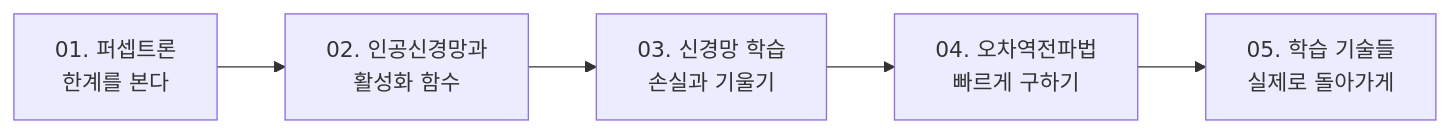
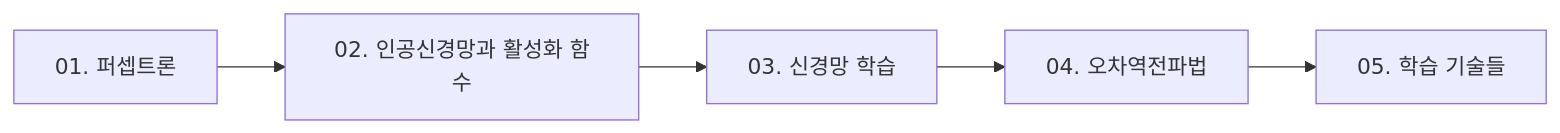
Before and after one commit to umyunsang/edu: the diagram in ComputerScience/03_ai-ml-data/neural-networks/README.md, drawn with Mermaid. The commit also changed other lines of this file and 38 other files, not shown here.

````diff
--- a/ComputerScience/03_ai-ml-data/neural-networks/README.md
+++ b/ComputerScience/03_ai-ml-data/neural-networks/README.md
@@ -24,7 +22,12 @@
 ```mermaid
 flowchart LR
-    N1["01. 퍼셉트론<br/>한계를 본다"] --> N2["02. 인공신경망과<br/>활성화 함수"]
-    N2 --> N3["03. 신경망 학습<br/>손실과 기울기"]
-    N3 --> N4["04. 오차역전파법<br/>빠르게 구하기"]
-    N4 --> N5["05. 학습 기술들<br/>실제로 돌아가게"]
+    N0["01. 퍼셉트론"]
+    N1["02. 인공신경망과 활성화 함수"]
+    N2["03. 신경망 학습"]
+    N3["04. 오차역전파법"]
+    N4["05. 학습 기술들"]
+    N0 --> N1
+    N1 --> N2
+    N2 --> N3
+    N3 --> N4
 ```
````
